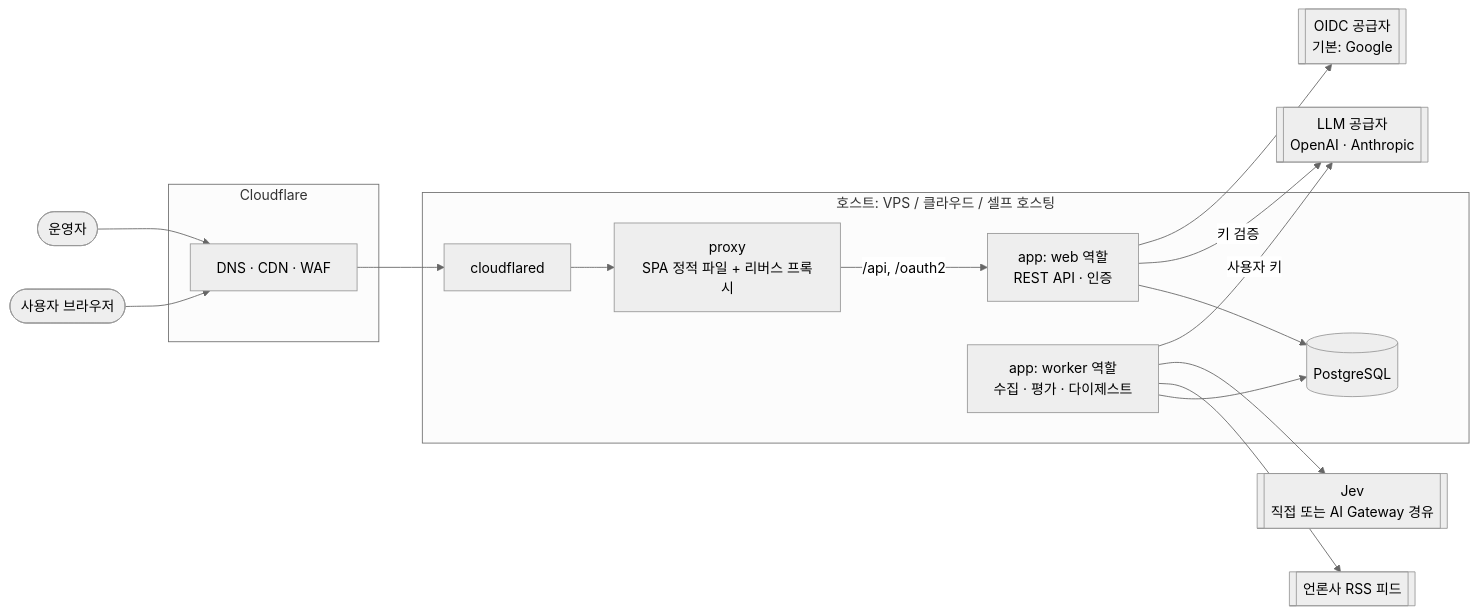
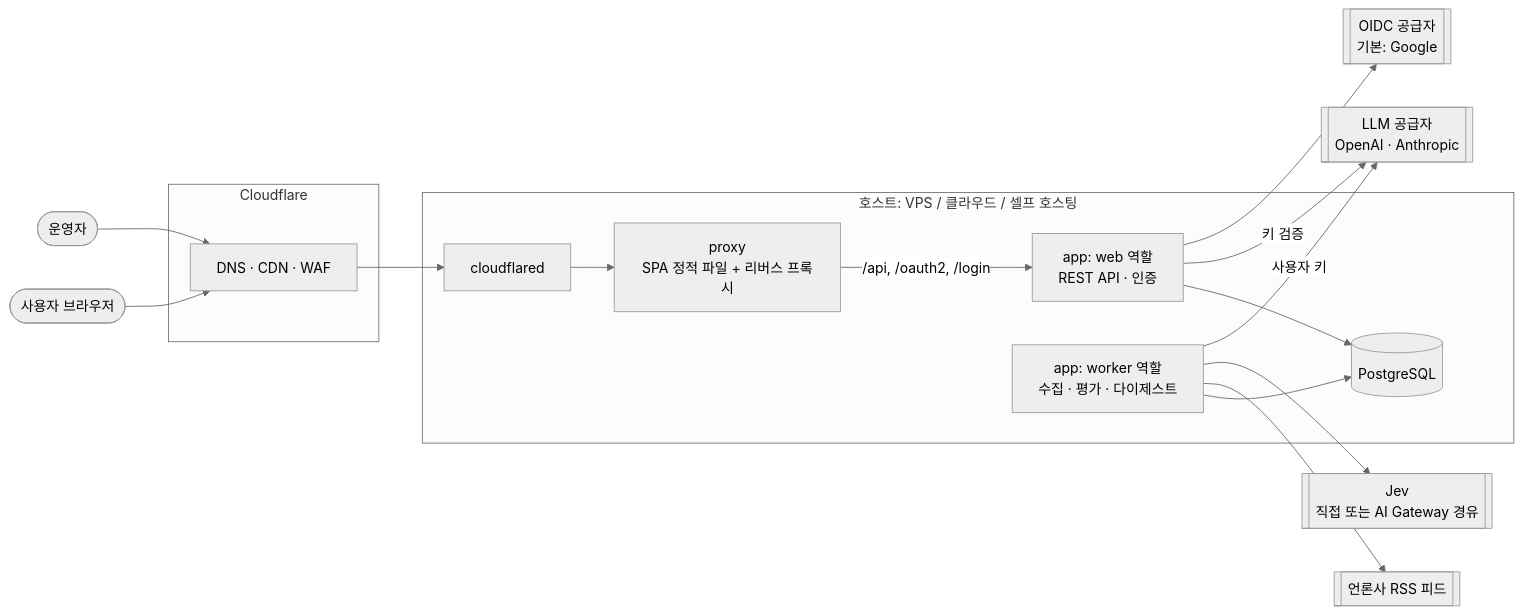
Before and after one commit to Theia0382/yozm-news: the first of 2 diagrams in docs/overview.md, drawn with Mermaid (neutral theme). The commit also changed 8 other files, not shown here.

````diff
--- a/docs/overview.md
+++ b/docs/overview.md
@@ -62,30 +62,30 @@
 ```mermaid
 flowchart LR
     user([사용자 브라우저])
     admin([운영자])
     subgraph CF[Cloudflare]
         edge[DNS · CDN · WAF]
     end
     subgraph Host[호스트: VPS / 클라우드 / 셀프 호스팅]
         tunnel[cloudflared]
         proxy[proxy<br/>SPA 정적 파일 + 리버스 프록시]
         web[app: web 역할<br/>REST API · 인증]
         worker[app: worker 역할<br/>수집 · 평가 · 다이제스트]
         db[(PostgreSQL)]
     end
     feeds[[언론사 RSS 피드]]
     jev[[Jev<br/>직접 또는 AI Gateway 경유]]
     llm[[LLM 공급자<br/>OpenAI · Anthropic]]
     oauth[[OIDC 공급자<br/>기본: Google]]
 
     user --> edge --> tunnel --> proxy
     admin --> edge
-    proxy -->|/api, /oauth2| web
+    proxy -->|/api, /oauth2, /login| web
     web --> db
     worker --> db
     worker --> feeds
     worker --> jev
     worker -->|사용자 키| llm
     web -->|키 검증| llm
     web --> oauth
 ```
````
